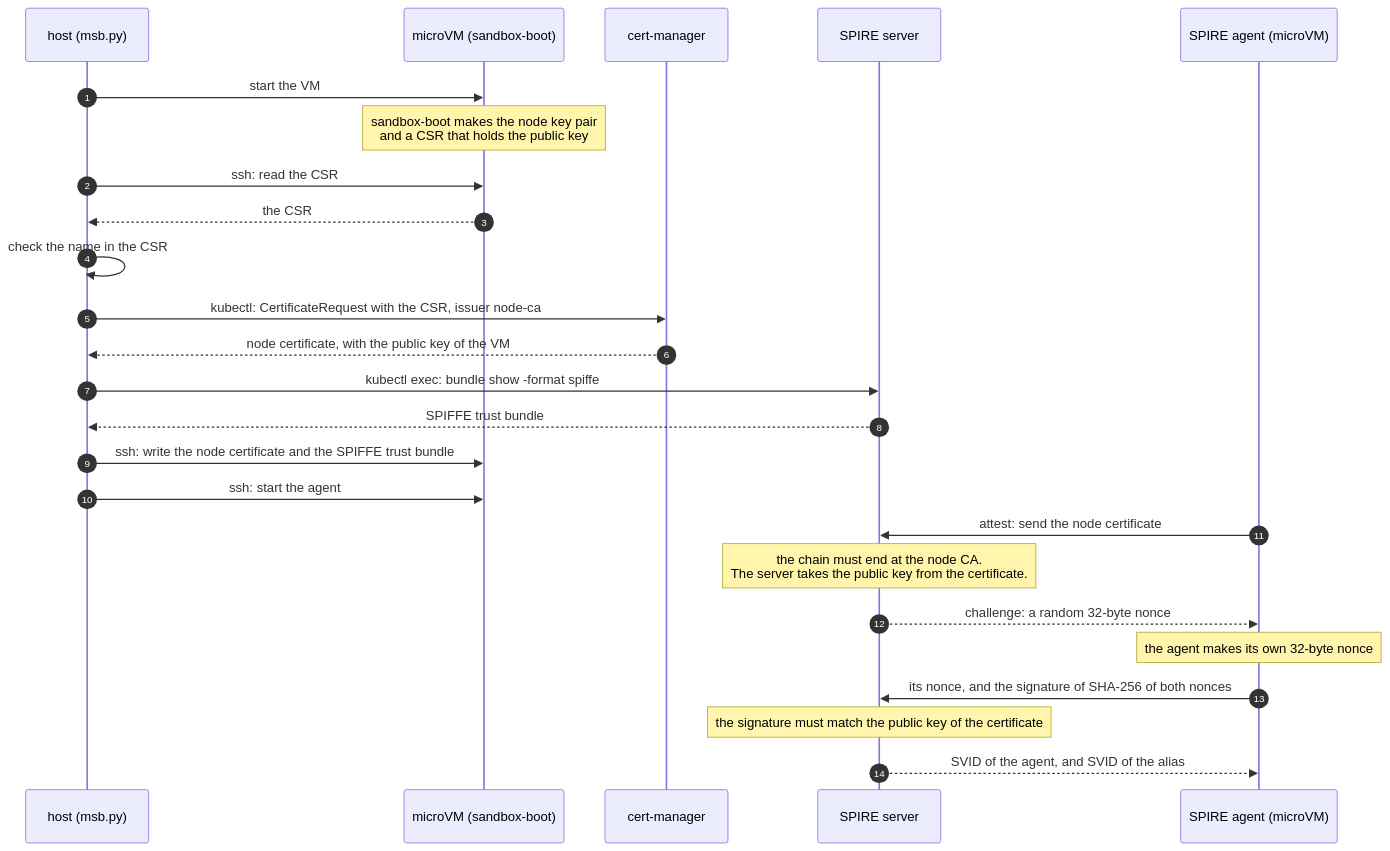
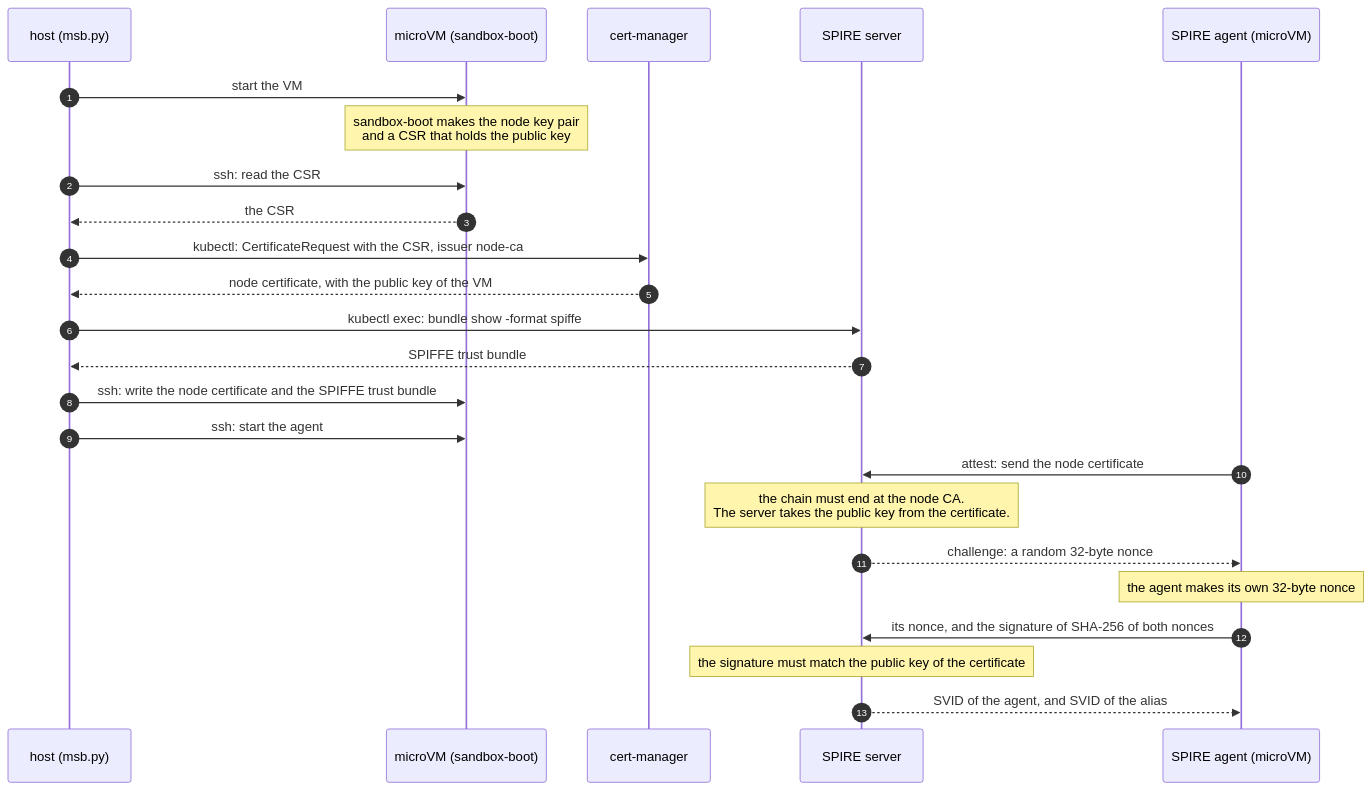
The second of 3 diagrams in code/mcp-sandbox/part-3-mcp-guardrails/docs/zero-trust-node-attestation.md (raghav19/engineersdaybook), drawn with Mermaid before and after one commit. The commit also changed other lines of this file and 3 other files, not shown here.

````diff
--- a/code/mcp-sandbox/part-3-mcp-guardrails/docs/zero-trust-node-attestation.md
+++ b/code/mcp-sandbox/part-3-mcp-guardrails/docs/zero-trust-node-attestation.md
@@ -80,28 +80,27 @@
 ```mermaid
 sequenceDiagram
     autonumber
     participant H as host (msb.py)
     participant M as microVM (sandbox-boot)
     participant K as cert-manager
     participant S as SPIRE server
     participant A as SPIRE agent (microVM)
 
     H->>M: start the VM
     Note over M: sandbox-boot makes the node key pair<br/>and a CSR that holds the public key
     H->>M: ssh: read the CSR
     M-->>H: the CSR
-    H->>H: check the name in the CSR
     H->>K: kubectl: CertificateRequest with the CSR, issuer node-ca
     K-->>H: node certificate, with the public key of the VM
     H->>S: kubectl exec: bundle show -format spiffe
     S-->>H: SPIFFE trust bundle
     H->>M: ssh: write the node certificate and the SPIFFE trust bundle
     H->>M: ssh: start the agent
     A->>S: attest: send the node certificate
     Note over S: the chain must end at the node CA.<br/>The server takes the public key from the certificate.
     S-->>A: challenge: a random 32-byte nonce
     Note over A: the agent makes its own 32-byte nonce
     A->>S: its nonce, and the signature of SHA-256 of both nonces
     Note over S: the signature must match the public key of the certificate
     S-->>A: SVID of the agent, and SVID of the alias
 ```
````
